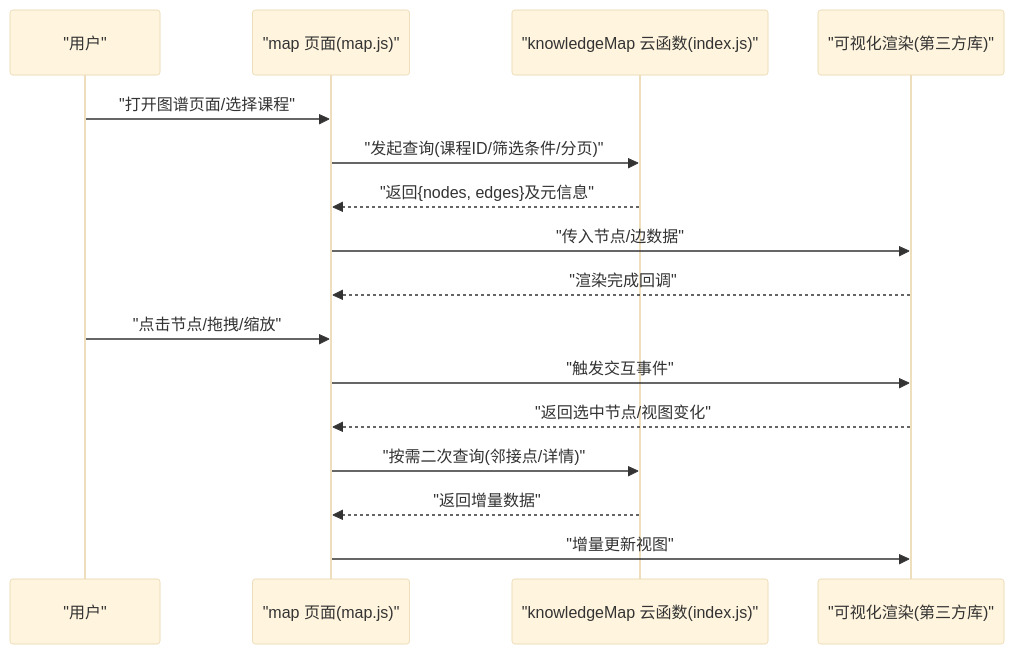
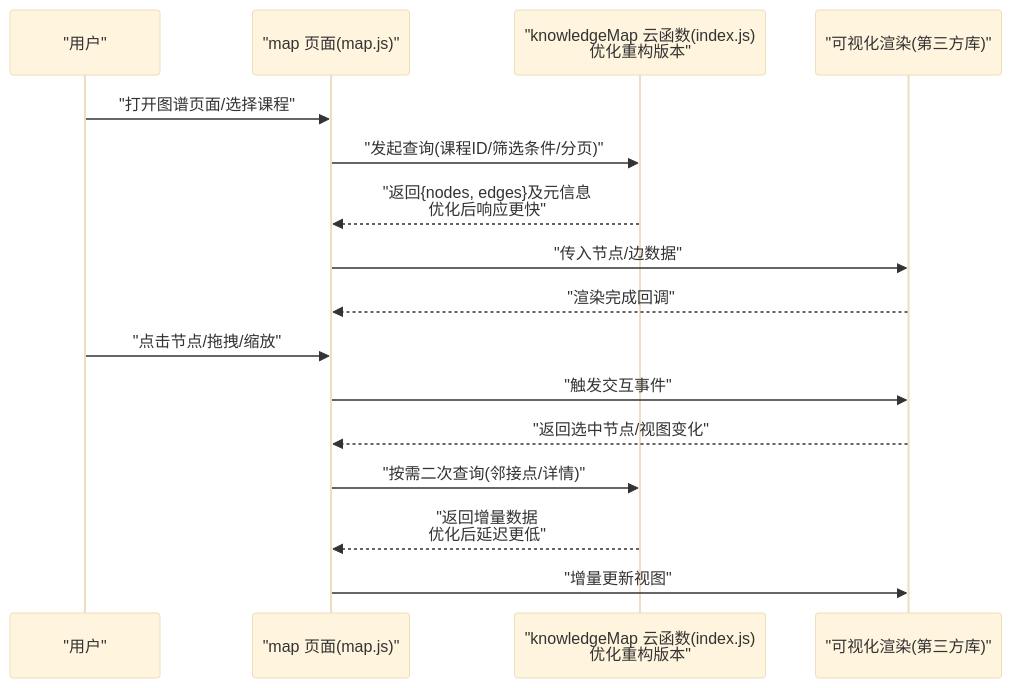
Before and after one commit to cwb7756/bio: the second of 3 diagrams in .qoder/repowiki/zh/content/核心功能模块/知识图谱系统/知识图谱系统.md, drawn with Mermaid (base theme). The commit also changed other lines of this file and 46 other files, not shown here.

````diff
--- a/.qoder/repowiki/zh/content/核心功能模块/知识图谱系统/知识图谱系统.md
+++ b/.qoder/repowiki/zh/content/核心功能模块/知识图谱系统/知识图谱系统.md
@@ -83,18 +92,18 @@
 ```mermaid
 sequenceDiagram
 participant U as "用户"
 participant P as "map 页面(map.js)"
-participant CF as "knowledgeMap 云函数(index.js)"
+participant CF as "knowledgeMap 云函数(index.js)<br/>优化重构版本"
 participant V as "可视化渲染(第三方库)"
 U->>P : "打开图谱页面/选择课程"
 P->>CF : "发起查询(课程ID/筛选条件/分页)"
-CF-->>P : "返回{nodes, edges}及元信息"
+CF-->>P : "返回{nodes, edges}及元信息<br/>优化后响应更快"
 P->>V : "传入节点/边数据"
 V-->>P : "渲染完成回调"
 U->>P : "点击节点/拖拽/缩放"
 P->>V : "触发交互事件"
 V-->>P : "返回选中节点/视图变化"
 P->>CF : "按需二次查询(邻接点/详情)"
-CF-->>P : "返回增量数据"
+CF-->>P : "返回增量数据<br/>优化后延迟更低"
 P->>V : "增量更新视图"
 ```
````
